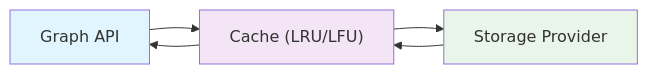
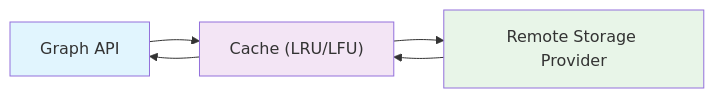
Before and after one commit to satya-jugran/grafio: the diagram in docs/docs/guides/caching.md, drawn with Mermaid. The commit also changed other lines of this file and 109 other files, not shown here.

````diff
--- a/docs/docs/guides/caching.md
+++ b/docs/docs/guides/caching.md
@@ -7,11 +9,11 @@
 ```mermaid
 flowchart LR
     A["Graph API"] --> B["Cache (LRU/LFU)"]
-    B --> C["Storage Provider"]
+    B --> C["Remote Storage Provider"]
     C --> B
     B --> A
     
     style A fill:#e1f5fe
     style B fill:#f3e5f5
     style C fill:#e8f5e8
 ```
````
